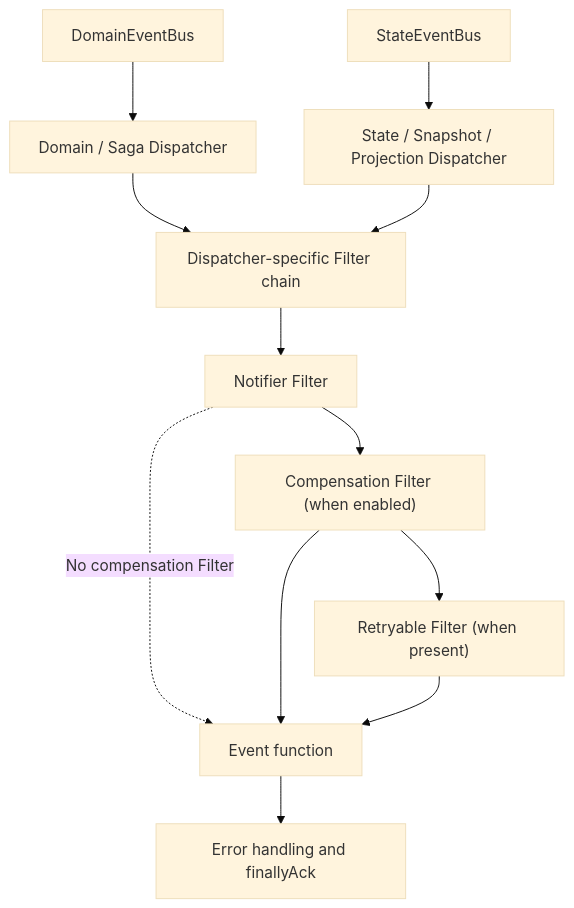
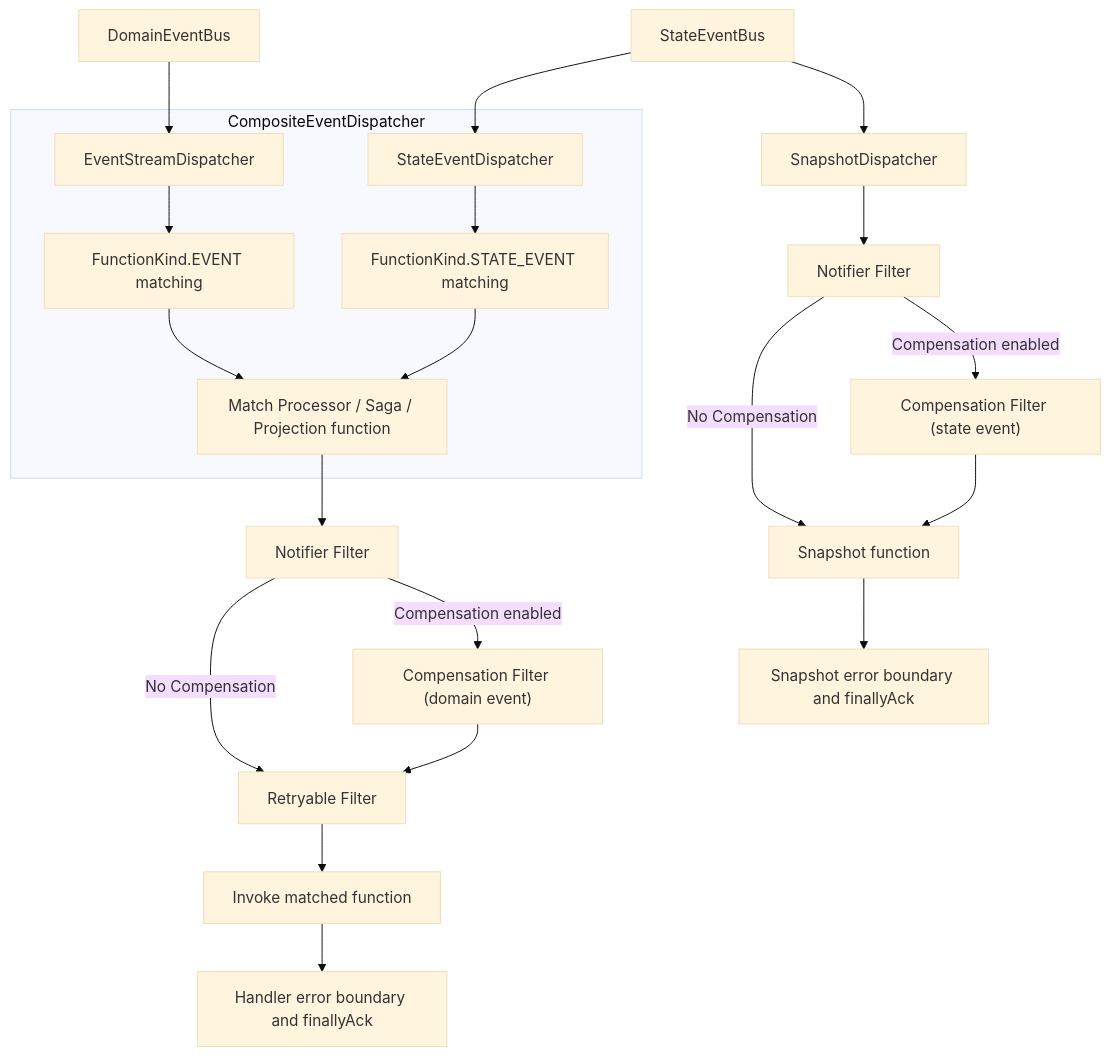
Before and after one commit to Ahoo-Wang/Wow: the diagram in documentation/docs/en/guide/event/dispatch.md, drawn with Mermaid (base theme). The commit also changed 3 other files, not shown here.

Commit message:
docs: correct event diagram boundaries

````diff
--- a/documentation/docs/en/guide/event/dispatch.md
+++ b/documentation/docs/en/guide/event/dispatch.md
@@ -24,14 +24,23 @@
 ```mermaid
 flowchart TB
-    DomainBus["DomainEventBus"] --> DomainDispatcher["Domain / Saga Dispatcher"]
-    StateBus["StateEventBus"] --> StateDispatcher["State / Snapshot / Projection Dispatcher"]
-    DomainDispatcher --> Chain["Dispatcher-specific Filter chain"]
-    StateDispatcher --> Chain
-    Chain --> Notifier["Notifier Filter"]
-    Notifier --> Compensation["Compensation Filter (when enabled)"]
-    Notifier -. "No compensation Filter" .-> Function["Event function"]
-    Compensation --> Retryable["Retryable Filter (when present)"]
-    Compensation --> Function
-    Retryable --> Function
-    Function --> Ack["Error handling and finallyAck"]
+    DomainBus["DomainEventBus"] --> EventStream["EventStreamDispatcher"]
+    StateBus["StateEventBus"] --> StateEvent["StateEventDispatcher"]
+    StateBus --> SnapshotDispatcher["SnapshotDispatcher"]
+    subgraph Composite["CompositeEventDispatcher"]
+        EventStream --> EventKind["FunctionKind.EVENT matching"]
+        StateEvent --> StateKind["FunctionKind.STATE_EVENT matching"]
+        EventKind --> Matched["Match Processor / Saga / Projection function"]
+        StateKind --> Matched
+    end
+    Matched --> EventNotifier["Notifier Filter"]
+    EventNotifier -->|"No Compensation"| Retryable["Retryable Filter"]
+    EventNotifier -->|"Compensation enabled"| DomainCompensation["Compensation Filter (domain event)"]
+    DomainCompensation --> Retryable
+    Retryable --> EventFunction["Invoke matched function"]
+    SnapshotDispatcher --> SnapshotNotifier["Notifier Filter"]
+    SnapshotNotifier -->|"No Compensation"| SnapshotFunction["Snapshot function"]
+    SnapshotNotifier -->|"Compensation enabled"| StateCompensation["Compensation Filter (state event)"]
+    StateCompensation --> SnapshotFunction
+    EventFunction --> EventBoundary["Handler error boundary and finallyAck"]
+    SnapshotFunction --> SnapshotBoundary["Snapshot error boundary and finallyAck"]
 ```
````
